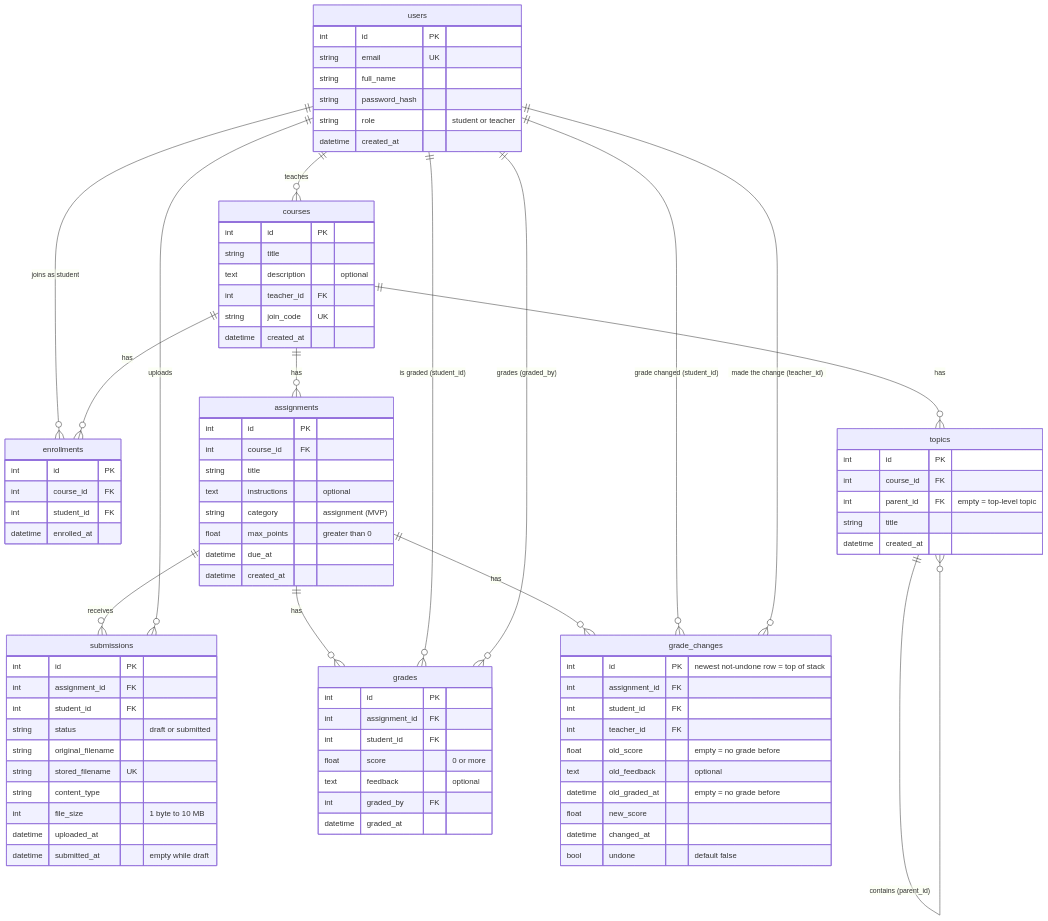
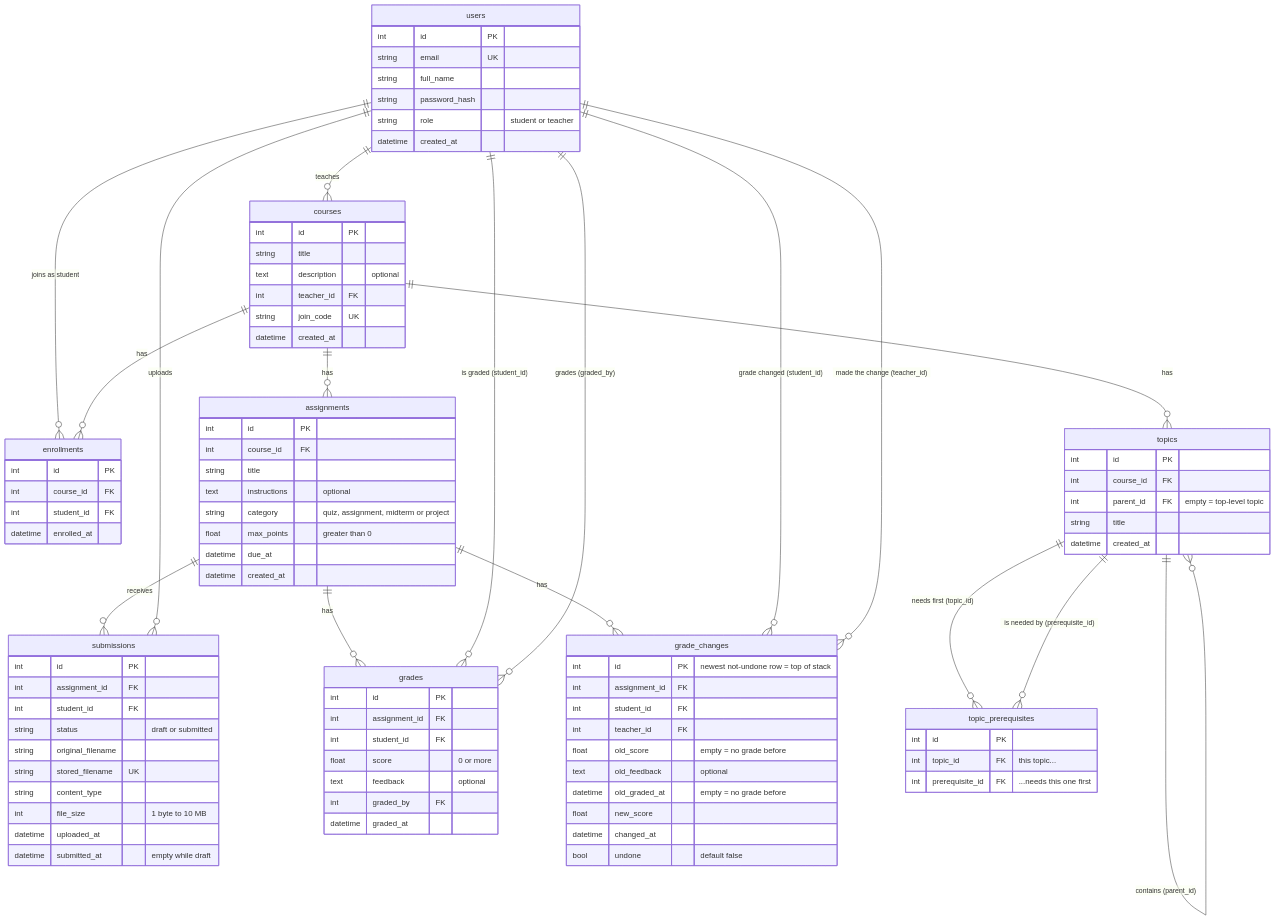
The diagram in docs/er-diagram.md (eemanabdullah5/class-flow), drawn with Mermaid before and after one commit. The commit also changed other lines of this file and 45 other files, not shown here.

First line of the commit message:
Add prerequisite graph, Topics page, weighted results, stats and SQL reports

````diff
--- a/docs/er-diagram.md
+++ b/docs/er-diagram.md
@@ -19,6 +19,8 @@
     users ||--o{ grade_changes : "made the change (teacher_id)"
     courses ||--o{ topics : "has"
     topics ||--o{ topics : "contains (parent_id)"
+    topics ||--o{ topic_prerequisites : "needs first (topic_id)"
+    topics ||--o{ topic_prerequisites : "is needed by (prerequisite_id)"
 
     users {
         int id PK
@@ -50,7 +52,7 @@
         int course_id FK
         string title
         text instructions "optional"
-        string category "assignment (MVP)"
+        string category "quiz, assignment, midterm or project"
         float max_points "greater than 0"
         datetime due_at
         datetime created_at
@@ -99,4 +101,10 @@
         string title
         datetime created_at
     }
+
+    topic_prerequisites {
+        int id PK
+        int topic_id FK "this topic..."
+        int prerequisite_id FK "...needs this one first"
+    }
 ```
````
